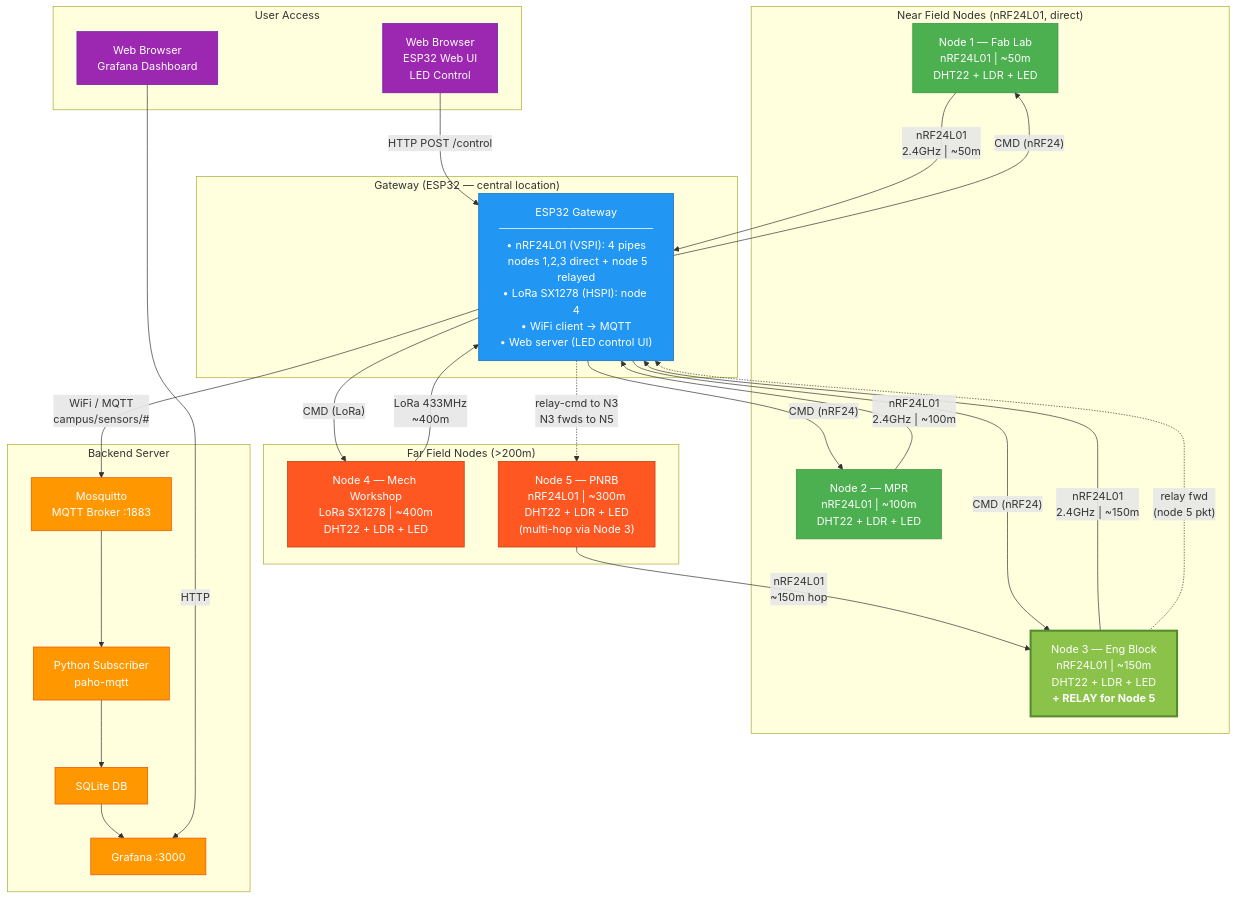
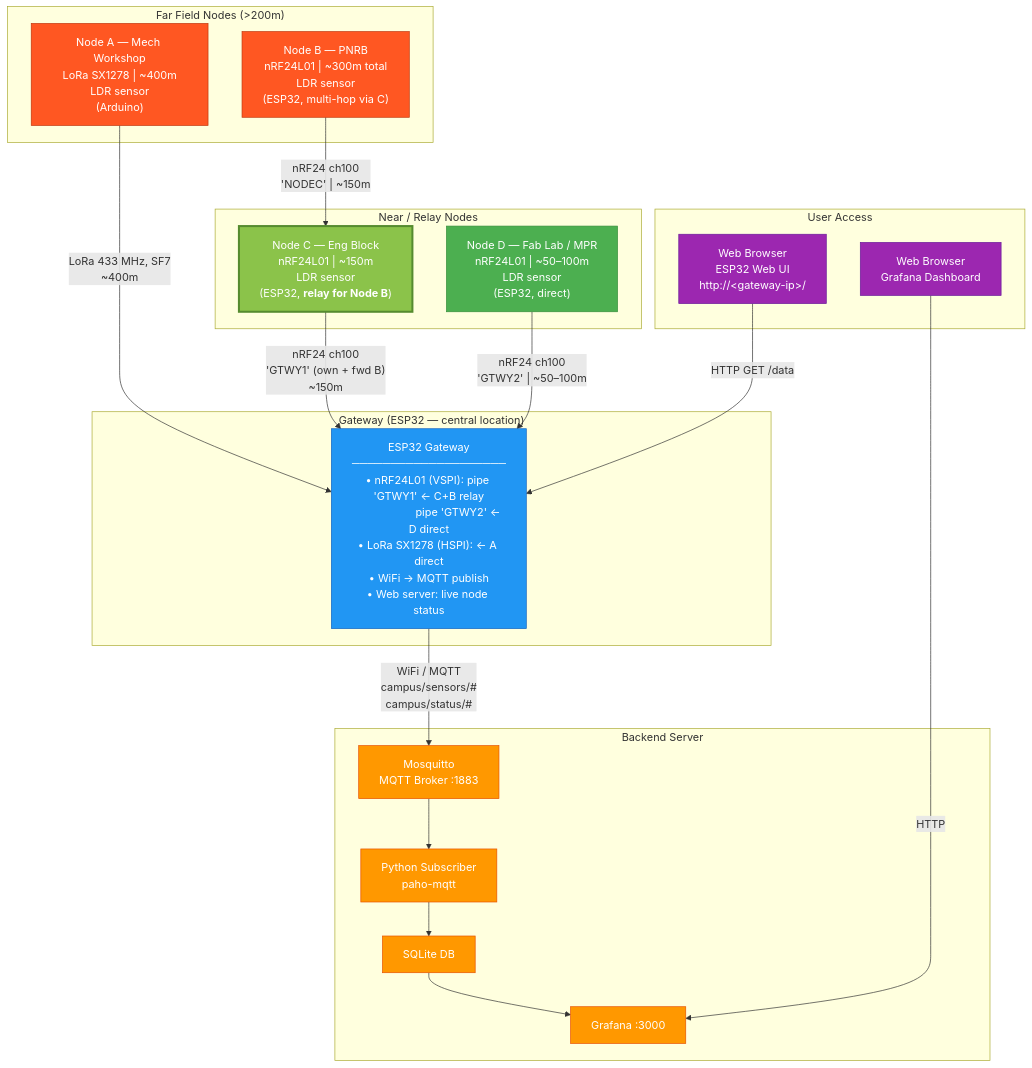
One commit to zamsi-ajegetina/campmon changed the diagram in docs/network-diagram.md. Above: the diagram before and after it, drawn with Mermaid. The commit also changed other lines of this file and 9 other files, not shown here.

````diff
--- a/docs/network-diagram.md
+++ b/docs/network-diagram.md
@@ -19,72 +18,62 @@
 ```mermaid
 graph TB
-    subgraph FIELD_NEAR["Near Field Nodes (nRF24L01, direct)"]
-        N1["Node 1 — Fab Lab<br/>nRF24L01 | ~50m<br/>DHT22 + LDR + LED"]
-        N2["Node 2 — MPR<br/>nRF24L01 | ~100m<br/>DHT22 + LDR + LED"]
-        N3["Node 3 — Eng Block<br/>nRF24L01 | ~150m<br/>DHT22 + LDR + LED<br/><b>+ RELAY for Node 5</b>"]
+    subgraph FIELD_FAR["Far Field Nodes (>200m)"]
+        NA["Node A — Mech Workshop<br/>LoRa SX1278 | ~400m<br/>LDR sensor<br/>(Arduino)"]
+        NB["Node B — PNRB<br/>nRF24L01 | ~300m total<br/>LDR sensor<br/>(ESP32, multi-hop via C)"]
     end
 
-    subgraph FIELD_FAR["Far Field Nodes (>200m)"]
-        N4["Node 4 — Mech Workshop<br/>LoRa SX1278 | ~400m<br/>DHT22 + LDR + LED"]
-        N5["Node 5 — PNRB<br/>nRF24L01 | ~300m<br/>DHT22 + LDR + LED<br/>(multi-hop via Node 3)"]
+    subgraph FIELD_NEAR["Near / Relay Nodes"]
+        NC["Node C — Eng Block<br/>nRF24L01 | ~150m<br/>LDR sensor<br/>(ESP32, <b>relay for Node B</b>)"]
+        ND["Node D — Fab Lab / MPR<br/>nRF24L01 | ~50–100m<br/>LDR sensor<br/>(ESP32, direct)"]
     end
 
     subgraph GATEWAY["Gateway (ESP32 — central location)"]
-        GW["ESP32 Gateway<br/>────────────────────<br/>• nRF24L01 (VSPI): 4 pipes<br/>  nodes 1,2,3 direct + node 5 relayed<br/>• LoRa SX1278 (HSPI): node 4<br/>• WiFi client → MQTT<br/>• Web server (LED control UI)"]
+        GW["ESP32 Gateway<br/>────────────────────<br/>• nRF24L01 (VSPI): pipe 'GTWY1' ← C+B relay<br/>                    pipe 'GTWY2' ← D direct<br/>• LoRa SX1278 (HSPI): ← A direct<br/>• WiFi → MQTT publish<br/>• Web server: live node status"]
     end
 
     subgraph BACKEND["Backend Server"]
         MQTT["Mosquitto<br/>MQTT Broker :1883"]
         PY["Python Subscriber<br/>paho-mqtt"]
         DB["SQLite DB"]
         GRAF["Grafana :3000"]
     end
 
     subgraph USER["User Access"]
-        WEBUI["Web Browser<br/>ESP32 Web UI<br/>LED Control"]
         DASH["Web Browser<br/>Grafana Dashboard"]
+        WEBUI["Web Browser<br/>ESP32 Web UI<br/>http://&lt;gateway-ip&gt;/"]
     end
 
-    %% Direct nRF24 links
-    N1 -- "nRF24L01\n2.4GHz | ~50m" --> GW
-    N2 -- "nRF24L01\n2.4GHz | ~100m" --> GW
-    N3 -- "nRF24L01\n2.4GHz | ~150m" --> GW
+    %% LoRa direct
+    NA -- "LoRa 433 MHz, SF7<br/>~400m" --> GW
 
-    %% Multi-hop: Node 5 → Node 3 (relay) → Gateway
-    N5 -- "nRF24L01\n~150m hop" --> N3
-    N3 -. "relay fwd\n(node 5 pkt)" .-> GW
+    %% Multi-hop: Node B → Node C → Gateway
+    NB -- "nRF24 ch100<br/>'NODEC' | ~150m" --> NC
+    NC -- "nRF24 ch100<br/>'GTWY1' (own + fwd B)<br/>~150m" --> GW
 
-    %% LoRa direct
-    N4 -- "LoRa 433MHz\n~400m" --> GW
-
-    %% LED command downlinks
-    GW -- "CMD (nRF24)" --> N1
-    GW -- "CMD (nRF24)" --> N2
-    GW -- "CMD (nRF24)" --> N3
-    GW -- "CMD (LoRa)" --> N4
-    GW -. "relay-cmd to N3\nN3 fwds to N5" .-> N5
+    %% Direct nRF24
+    ND -- "nRF24 ch100<br/>'GTWY2' | ~50–100m" --> GW
 
     %% Backend pipeline
-    GW -- "WiFi / MQTT\ncampus/sensors/#" --> MQTT
+    GW -- "WiFi / MQTT<br/>campus/sensors/#<br/>campus/status/#" --> MQTT
     MQTT --> PY
     PY --> DB
     DB --> GRAF
 
     %% User access
-    WEBUI -- "HTTP POST /control" --> GW
+    WEBUI -- "HTTP GET /data" --> GW
     DASH -- "HTTP" --> GRAF
 
-    classDef nodeNear fill:#4CAF50,color:#fff,stroke:#388E3C
     classDef nodeFar  fill:#FF5722,color:#fff,stroke:#BF360C
     classDef relay    fill:#8BC34A,color:#fff,stroke:#558B2F,stroke-width:3px
+    classDef nodeNear fill:#4CAF50,color:#fff,stroke:#388E3C
     classDef gateway  fill:#2196F3,color:#fff,stroke:#1565C0
     classDef backend  fill:#FF9800,color:#fff,stroke:#E65100
     classDef user     fill:#9C27B0,color:#fff,stroke:#6A1B9A
 
-    class N1,N2 nodeNear
-    class N3 relay
-    class N4,N5 nodeFar
+    class NA,NB nodeFar
+    class NC relay
+    class ND nodeNear
     class GW gateway
     class MQTT,PY,DB,GRAF backend
     class WEBUI,DASH user
 ```
````
